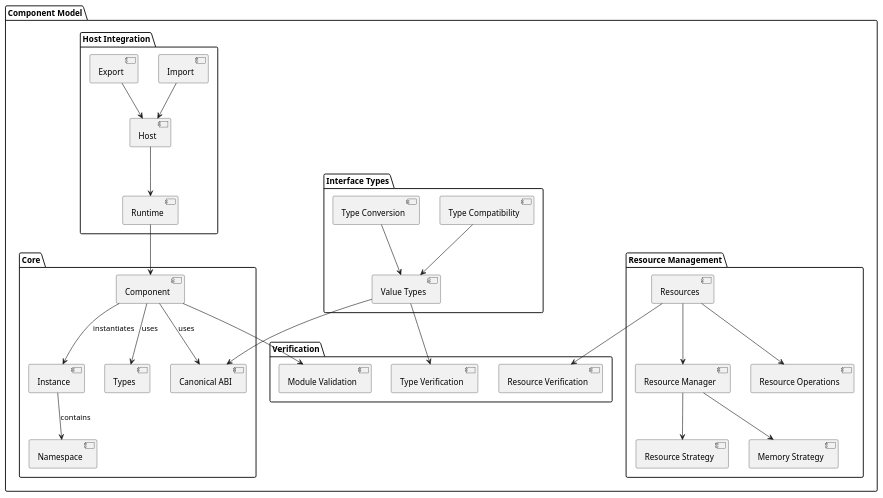
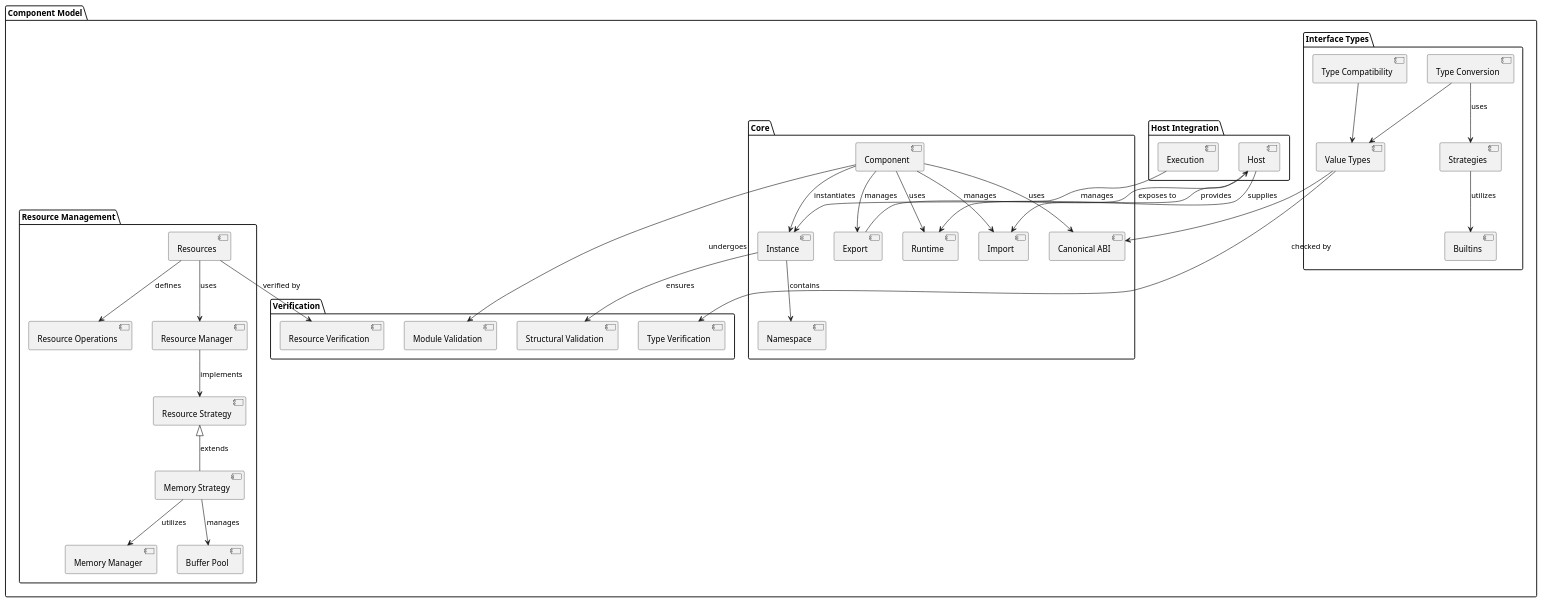
Before and after one commit to pulseengine/wrt: the diagram in docs/source/_static/component_model.puml, drawn with PlantUML. The commit also changed 239 other files, not shown here.

Commit message:
feat(resource): implement WebAssembly Component Model resource management

```diff
--- a/docs/source/_static/component_model.puml
+++ b/docs/source/_static/component_model.puml
@@ -1,63 +1,75 @@
 @startuml
 
 package "Component Model" {
   package "Core" {
     [Component] as Component
     [Instance] as Instance
     [Namespace] as Namespace
-    [Types] as Types
+    [Export] as Export
+    [Import] as Import
+    [Runtime] as Runtime
     [Canonical ABI] as CanonicalABI
     
     Component --> Instance : instantiates
-    Component --> Types : uses
+    Component --> Export : manages
+    Component --> Import : manages
     Instance --> Namespace : contains
+    Component --> Runtime : uses
     Component --> CanonicalABI : uses
   }
   
   package "Interface Types" {
     [Type Compatibility] as TypeCompat
     [Value Types] as ValueTypes
     [Type Conversion] as TypeConv
+    [Strategies] as Strategies
+    [Builtins] as Builtins
     
     TypeCompat --> ValueTypes
     TypeConv --> ValueTypes
     ValueTypes --> CanonicalABI
+    TypeConv --> Strategies : uses
+    Strategies --> Builtins : utilizes
   }
   
   package "Resource Management" {
     [Resources] as Resources
     [Resource Manager] as ResourceManager
     [Resource Strategy] as ResStrategy
     [Memory Strategy] as MemStrategy
+    [Memory Manager] as MemManager
+    [Buffer Pool] as BufferPool
     [Resource Operations] as ResOps
     
-    Resources --> ResourceManager
-    ResourceManager --> ResStrategy
-    ResourceManager --> MemStrategy
-    Resources --> ResOps
+    Resources --> ResourceManager : uses
+    ResourceManager --> ResStrategy : implements
+    ResStrategy <|-- MemStrategy : extends
+    MemStrategy --> MemManager : utilizes
+    MemStrategy --> BufferPool : manages
+    Resources --> ResOps : defines
   }
   
   package "Host Integration" {
-    [Import] as Import
-    [Export] as Export
     [Host] as Host
-    [Runtime] as Runtime
+    [Execution] as ExecCtx
     
-    Import --> Host
-    Export --> Host
-    Host --> Runtime
-    Runtime --> Component
+    Host --> Runtime : provides
+    Host --> Import : supplies
+    Export --> Host : exposes to
+    ExecCtx --> Instance : manages
   }
   
   package "Verification" {
     [Module Validation] as ModuleValid
     [Type Verification] as TypeVerify
     [Resource Verification] as ResVerify
+    [Structural Validation] as StructValid
     
-    Component --> ModuleValid
-    ValueTypes --> TypeVerify
-    Resources --> ResVerify
+    Component --> ModuleValid : undergoes
+    ValueTypes --> TypeVerify : checked by
+    Resources --> ResVerify : verified by
+    Instance --> StructValid : ensures
   }
 }
 
 @enduml 
```
